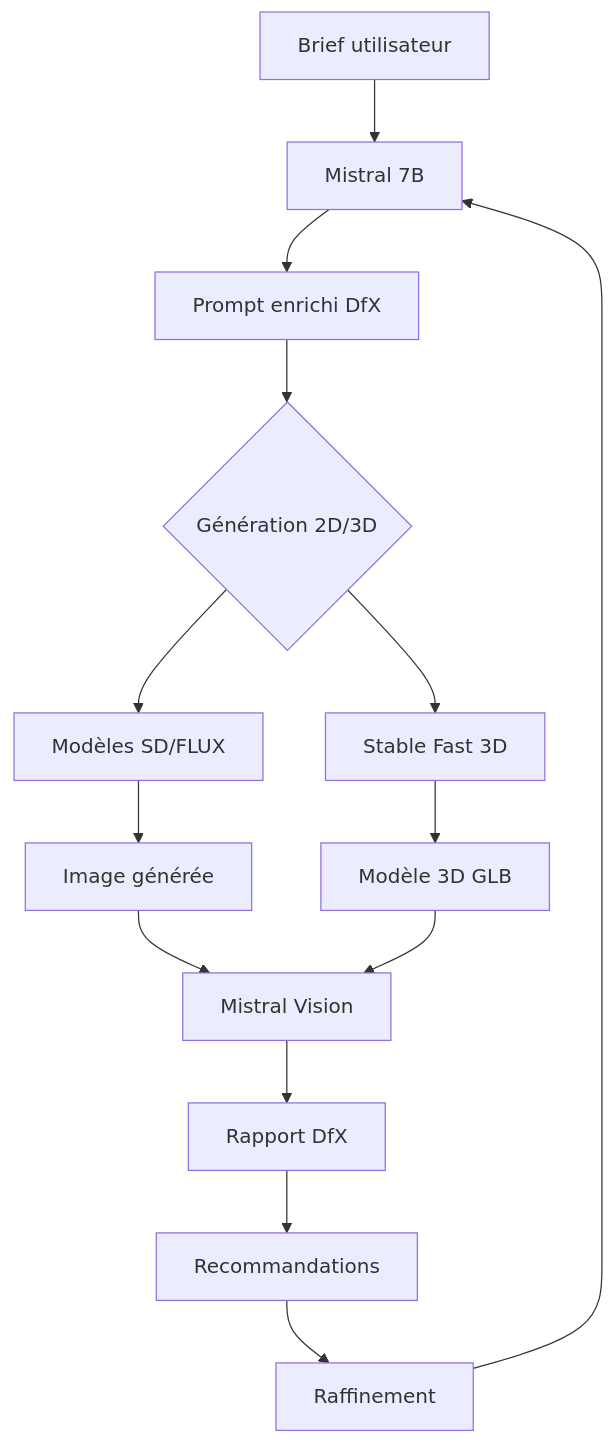
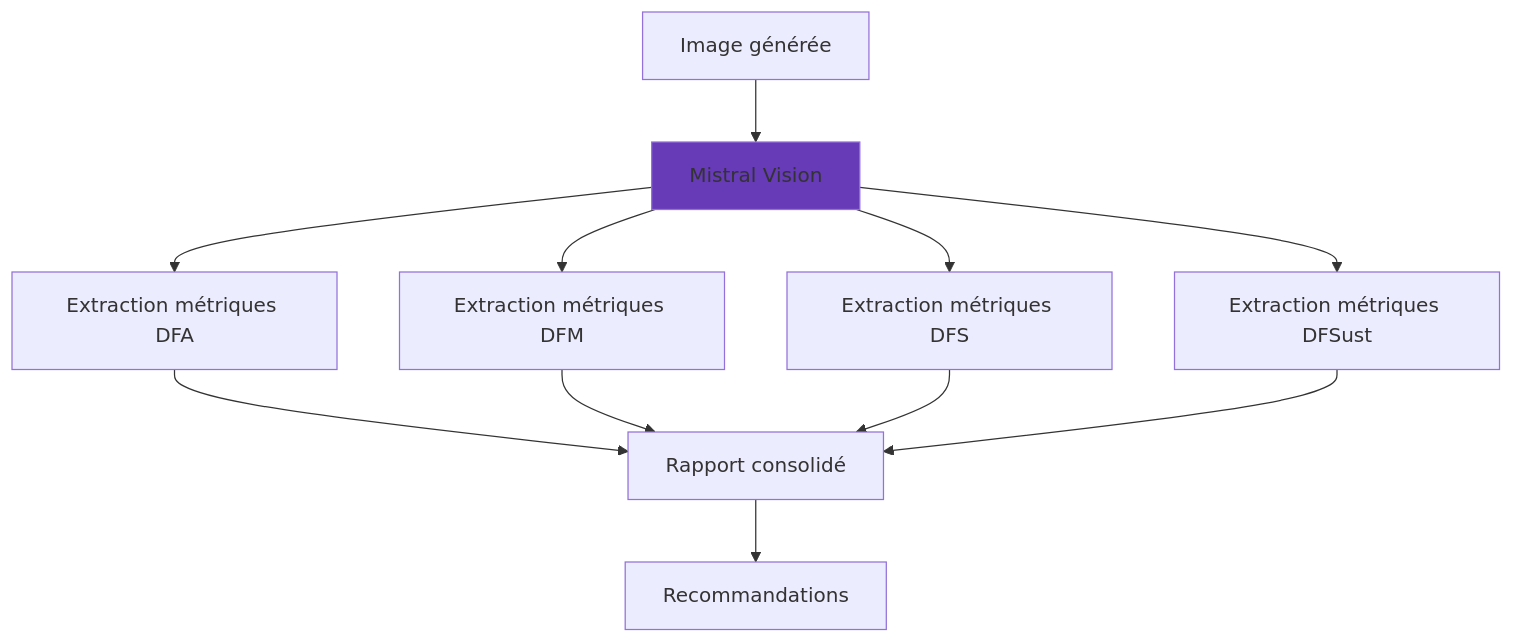
The fourth of 5 diagrams in source/index.rst (Oussama-fahim/Conception-produit-augmentee-par-IA-generative), drawn with Mermaid before and after one commit. The commit also changed other lines of this file, not shown here.

```diff
--- a/source/index.rst
+++ b/source/index.rst
@@ -594,17 +838,14 @@
 .. mermaid::
-   :caption: Workflow d'intégration des modèles
 
    graph TD
-       A[Brief utilisateur] --> B[Mistral 7B]
-       B --> C[Prompt enrichi DfX]
-       C --> D{Génération 2D/3D}
-       D --> E[Modèles SD/FLUX]
-       D --> F[Stable Fast 3D]
-       E --> G[Image générée]
-       F --> H[Modèle 3D GLB]
-       G --> I[Mistral Vision]
-       H --> I
-       I --> J[Rapport DfX]
-       J --> K[Recommandations]
-       K --> L[Raffinement]
-       L --> B
+       A[Image générée] --> B[Mistral Vision]
+       B --> C[Extraction métriques DFA]
+       B --> D[Extraction métriques DFM]
+       B --> E[Extraction métriques DFS]
+       B --> F[Extraction métriques DFSust]
+       C --> G[Rapport consolidé]
+       D --> G
+       E --> G
+       F --> G
+       G --> H[Recommandations]
+       style B fill:#673AB7
```
